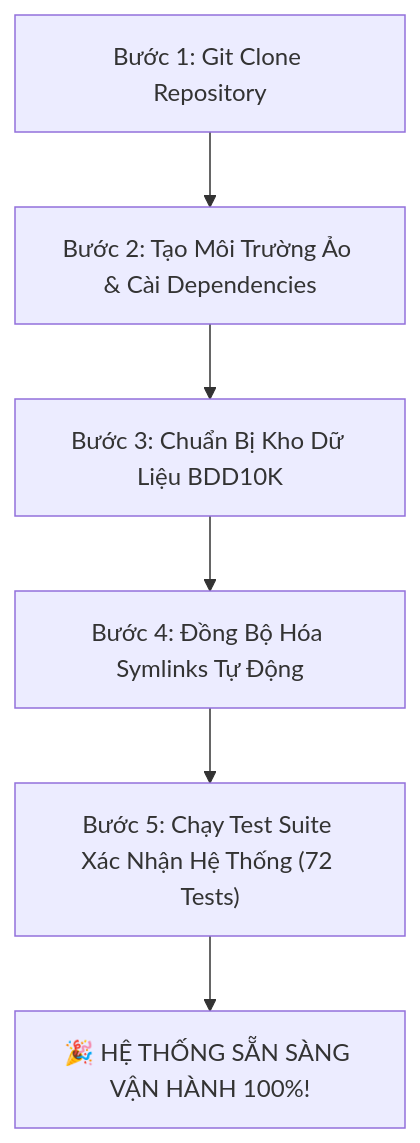
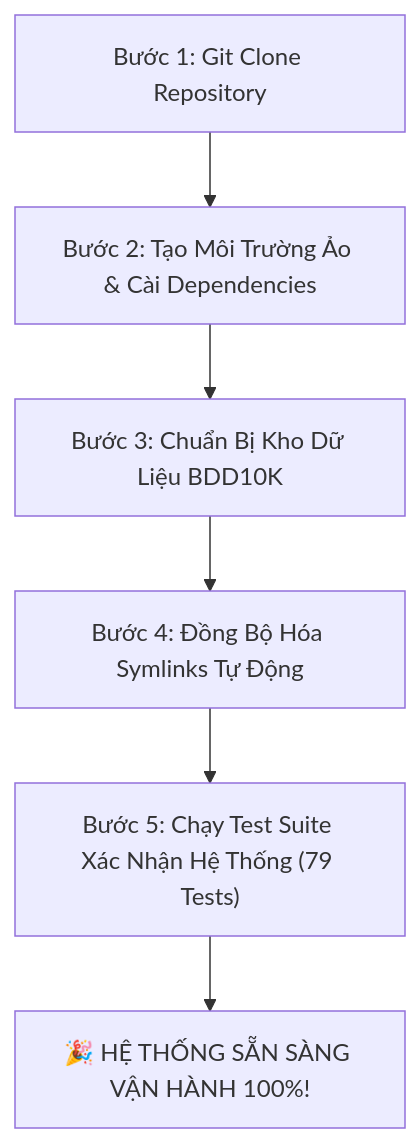
Before and after one commit to nguyenhuynhdt37/autonomous-driving-active-learning-lab: the diagram in GETTING_STARTED.md, drawn with Mermaid. The commit also changed other lines of this file and 8 other files, not shown here.

Commit message:
docs: synchronize continuous active loop diagrams and quality-gated hitl policy across all markdown files

````diff
--- a/GETTING_STARTED.md
+++ b/GETTING_STARTED.md
@@ -24,8 +24,8 @@
 ```mermaid
 flowchart TD
     S1["Bước 1: Git Clone Repository"] --> S2["Bước 2: Tạo Môi Trường Ảo & Cài Dependencies"]
     S2 --> S3["Bước 3: Chuẩn Bị Kho Dữ Liệu BDD10K"]
     S3 --> S4["Bước 4: Đồng Bộ Hóa Symlinks Tự Động"]
-    S4 --> S5["Bước 5: Chạy Test Suite Xác Nhận Hệ Thống (72 Tests)"]
+    S4 --> S5["Bước 5: Chạy Test Suite Xác Nhận Hệ Thống (79 Tests)"]
     S5 --> READY["🎉 HỆ THỐNG SẴN SÀNG VẬN HÀNH 100%!"]
 ```
````
